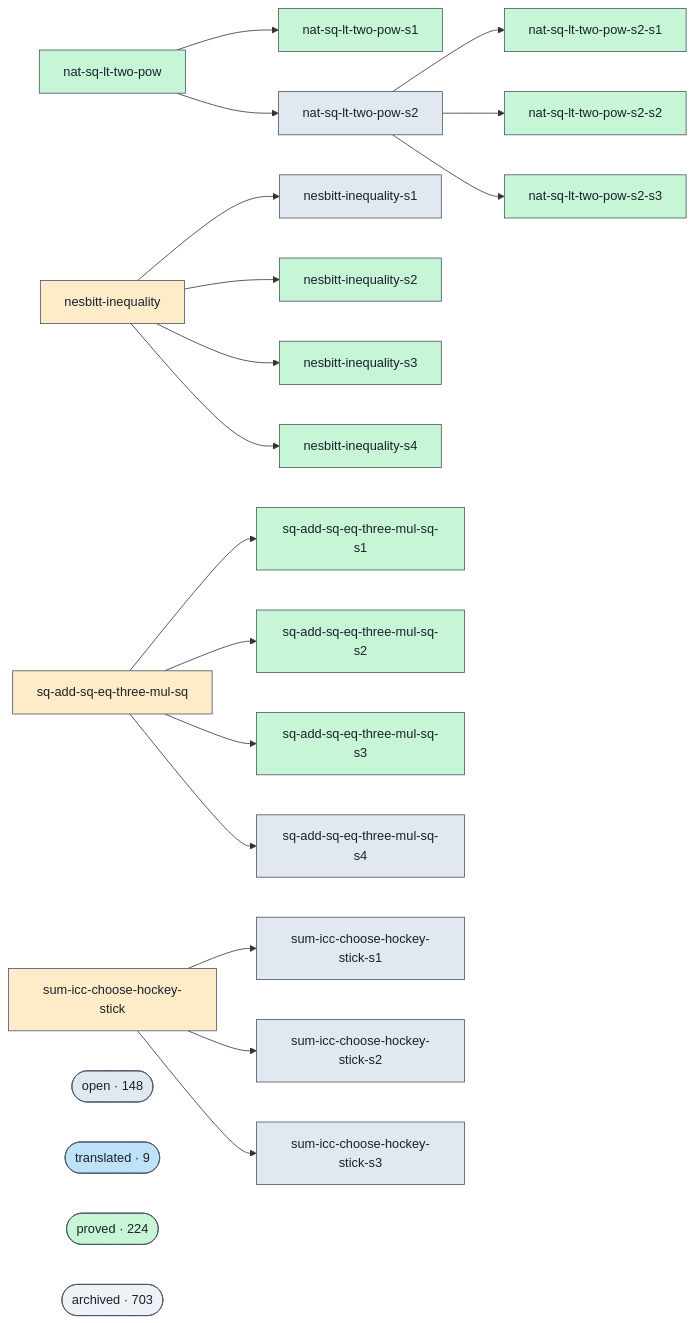
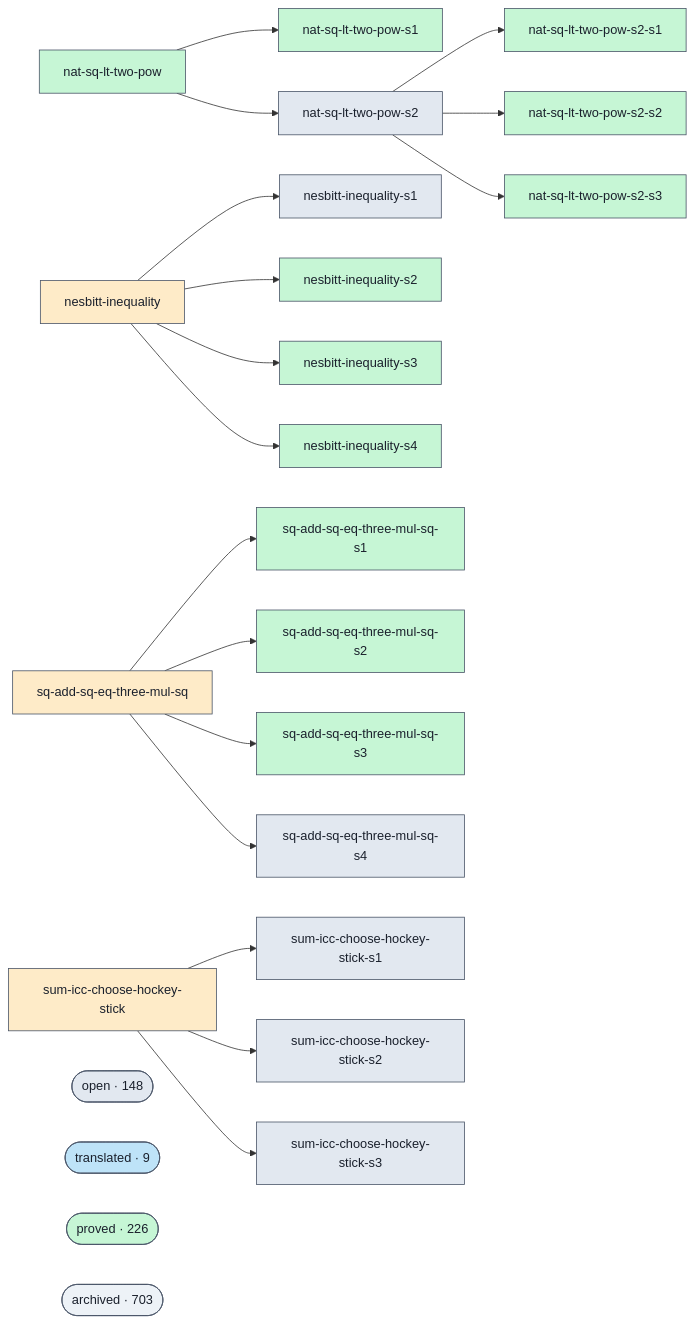
Before and after one commit to ohdearquant/unsorry: the diagram in docs/proofs-contributors-visualisation.md, drawn with Mermaid. The commit also changed other lines of this file and 2 other files, not shown here.

```diff
--- a/docs/proofs-contributors-visualisation.md
+++ b/docs/proofs-contributors-visualisation.md
@@ -102,7 +102,7 @@
   class cluster_open open;
   cluster_translated(["translated · 9"])
   class cluster_translated translated;
-  cluster_proved(["proved · 224"])
+  cluster_proved(["proved · 226"])
   class cluster_proved proved;
   cluster_archived(["archived · 703"])
   class cluster_archived unknown;
```
